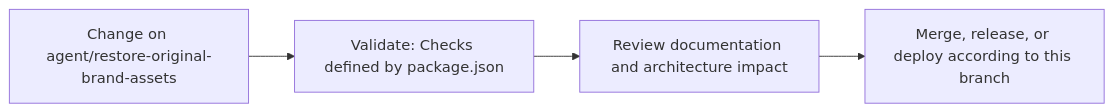
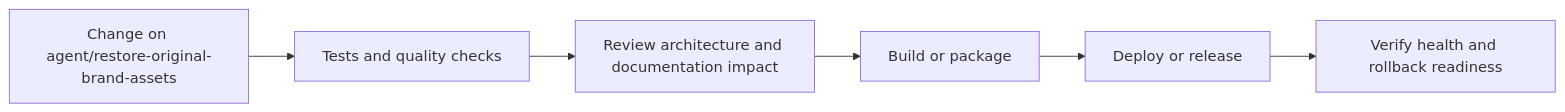
Before and after one commit to Nischhalsubba/rismfp-ui: the fourth of 5 diagrams in README.md, drawn with Mermaid. The commit also changed other lines of this file, not shown here.

````diff
--- a/README.md
+++ b/README.md
@@ -66,8 +136,8 @@
 ```mermaid
 flowchart LR
-    CHANGE["Change on agent/restore-original-brand-assets"]
-    CHECK["Validate: Checks defined by package.json"]
-    REVIEW["Review documentation and architecture impact"]
-    RELEASE["Merge, release, or deploy according to this branch"]
-    CHANGE --> CHECK --> REVIEW --> RELEASE
+    CHANGE["Change on agent/restore-original-brand-assets"] --> CHECK["Tests and quality checks"]
+    CHECK --> REVIEW["Review architecture and documentation impact"]
+    REVIEW --> BUILD["Build or package"]
+    BUILD --> DEPLOY["Deploy or release"]
+    DEPLOY --> VERIFY["Verify health and rollback readiness"]
 ```
````
